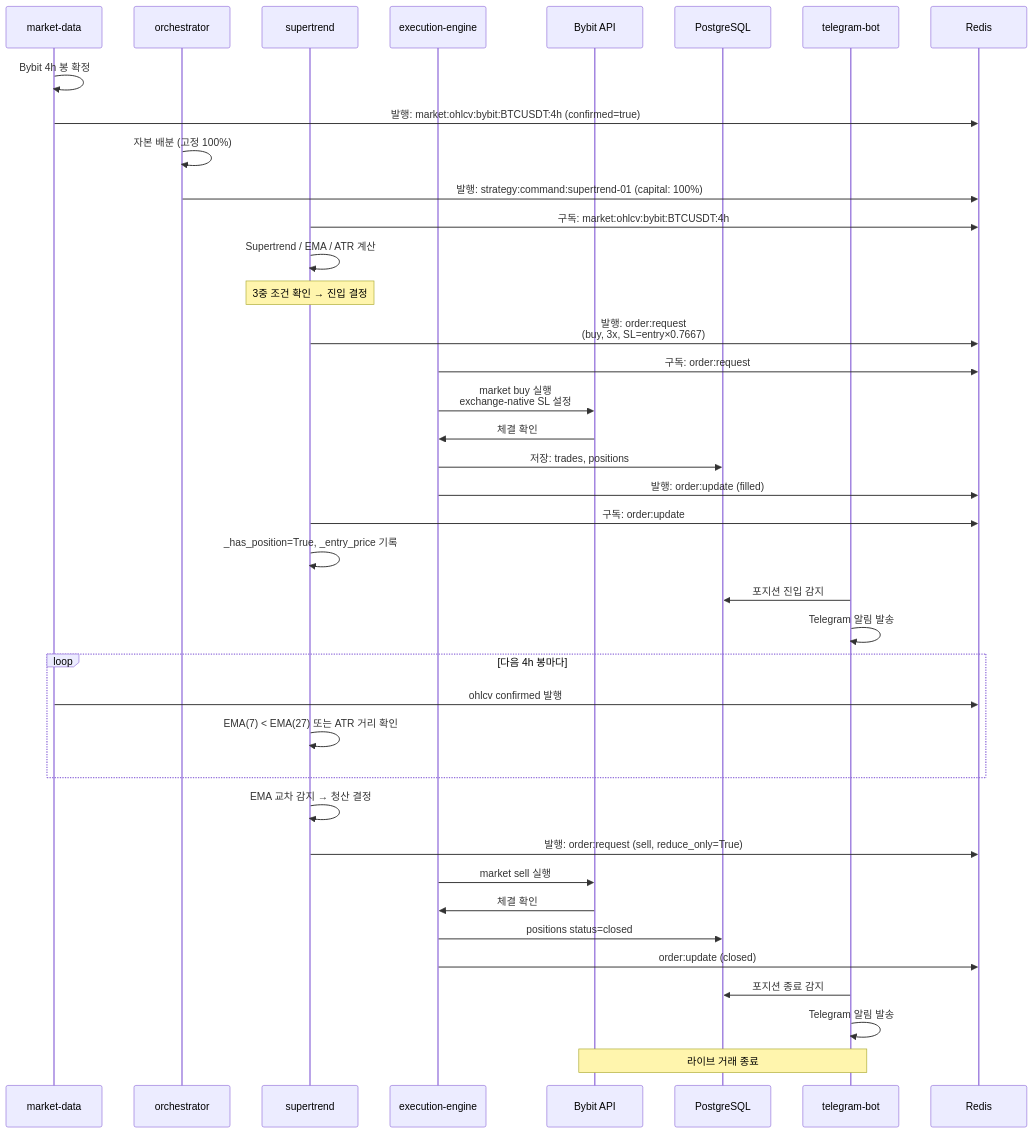
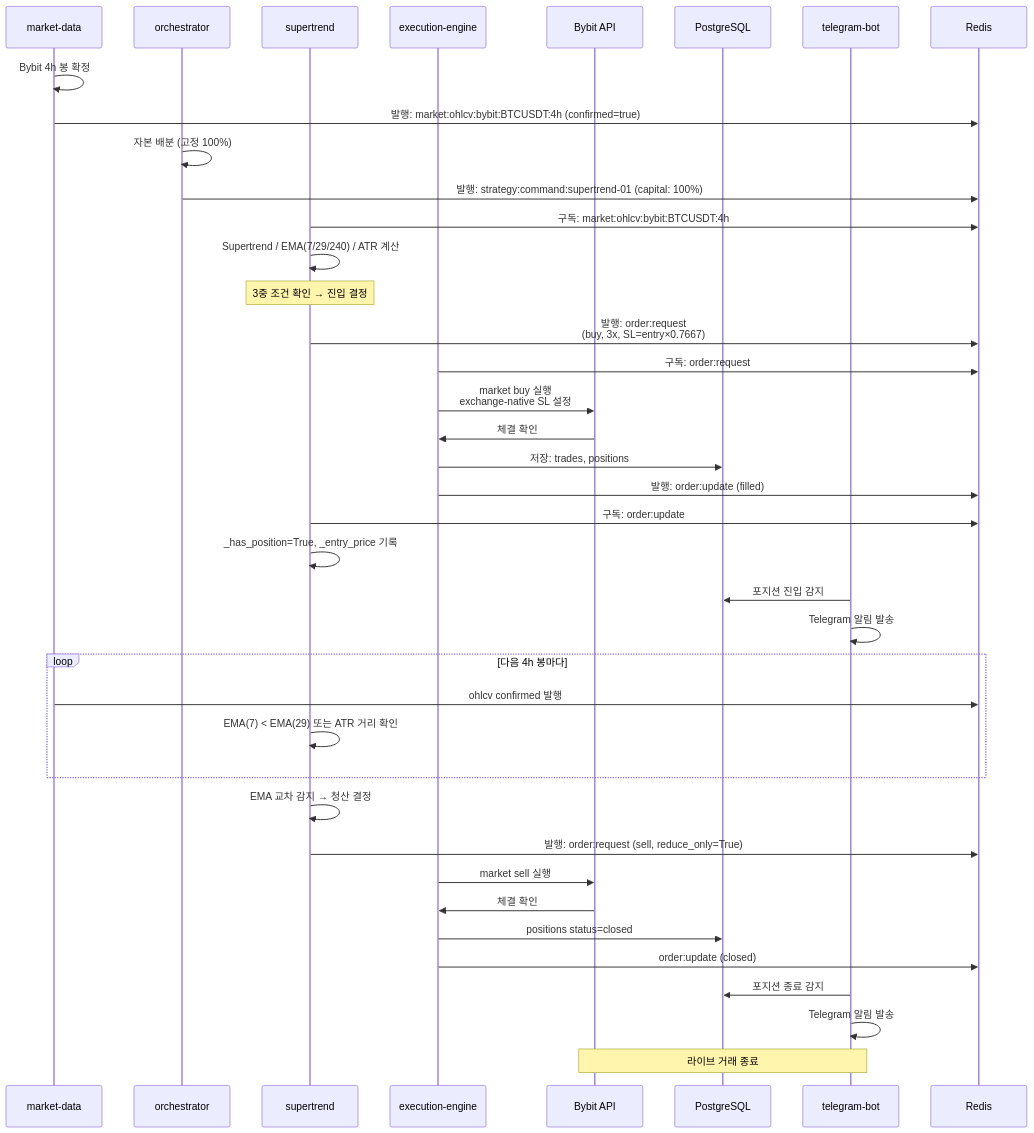
One commit to Justant-source/Bit-Mania changed the third of 3 diagrams in docs/structure/services.md. Above: the diagram before and after it, drawn with Mermaid. The commit also changed other lines of this file and 34 other files, not shown here.

````diff
--- a/docs/structure/services.md
+++ b/docs/structure/services.md
@@ -451,51 +435,51 @@
 ```mermaid
 sequenceDiagram
     participant MD as market-data
     participant ORC as orchestrator
     participant ST as supertrend
     participant ENG as execution-engine
     participant BYBIT as Bybit API
     participant PG as PostgreSQL
     participant TG as telegram-bot
 
     MD->>MD: Bybit 4h 봉 확정
     MD->>Redis: 발행: market:ohlcv:bybit:BTCUSDT:4h (confirmed=true)
     ORC->>ORC: 자본 배분 (고정 100%)
     ORC->>Redis: 발행: strategy:command:supertrend-01 (capital: 100%)
     
     ST->>Redis: 구독: market:ohlcv:bybit:BTCUSDT:4h
-    ST->>ST: Supertrend / EMA / ATR 계산
+    ST->>ST: Supertrend / EMA(7/29/240) / ATR 계산
     Note over ST: 3중 조건 확인 → 진입 결정
     
     ST->>Redis: 발행: order:request<br>(buy, 3x, SL=entry×0.7667)
     ENG->>Redis: 구독: order:request
     ENG->>BYBIT: market buy 실행<br>exchange-native SL 설정
     BYBIT->>ENG: 체결 확인
     
     ENG->>PG: 저장: trades, positions
     ENG->>Redis: 발행: order:update (filled)
     
     ST->>Redis: 구독: order:update
     ST->>ST: _has_position=True, _entry_price 기록
     
     TG->>PG: 포지션 진입 감지
     TG->>TG: Telegram 알림 발송
     
     loop 다음 4h 봉마다
         MD->>Redis: ohlcv confirmed 발행
-        ST->>ST: EMA(7) < EMA(27) 또는 ATR 거리 확인
+        ST->>ST: EMA(7) < EMA(29) 또는 ATR 거리 확인
     end
     
     ST->>ST: EMA 교차 감지 → 청산 결정
     ST->>Redis: 발행: order:request (sell, reduce_only=True)
     
     ENG->>BYBIT: market sell 실행
     BYBIT->>ENG: 체결 확인
     ENG->>PG: positions status=closed
     ENG->>Redis: order:update (closed)
     
     TG->>PG: 포지션 종료 감지
     TG->>TG: Telegram 알림 발송
 
     Note over TG,BYBIT: 라이브 거래 종료
 ```
````
